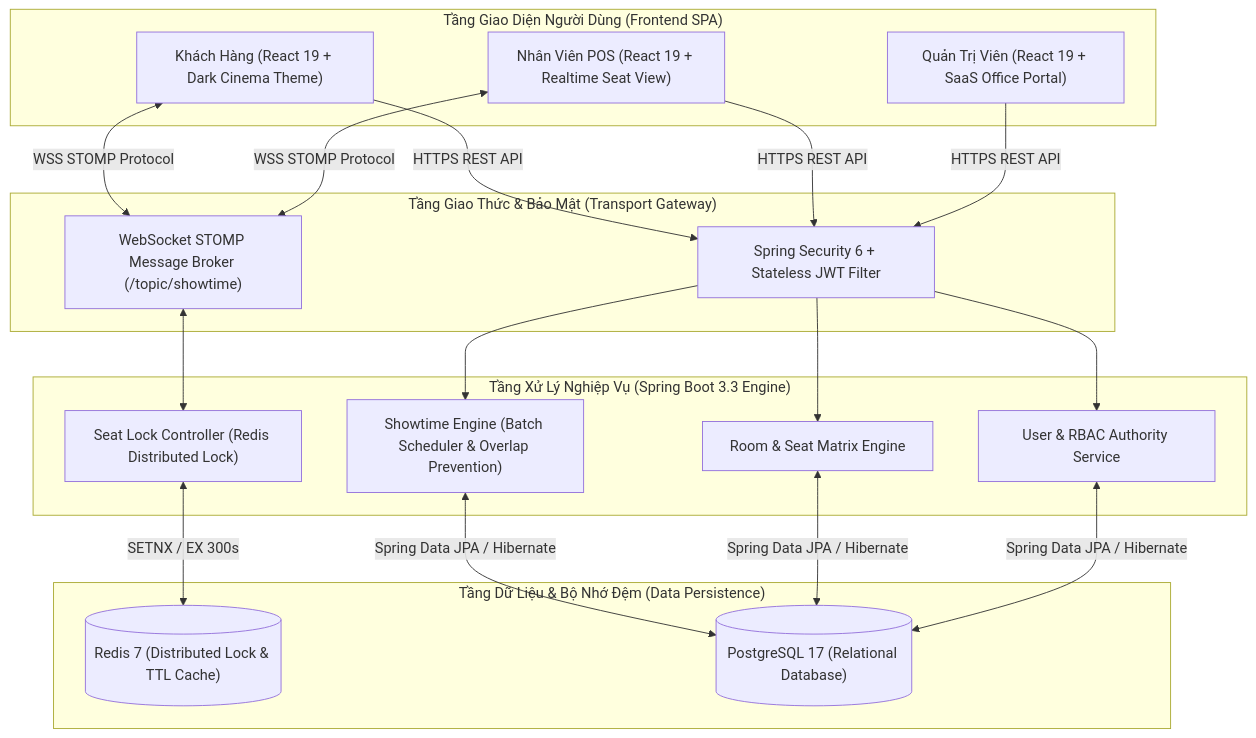
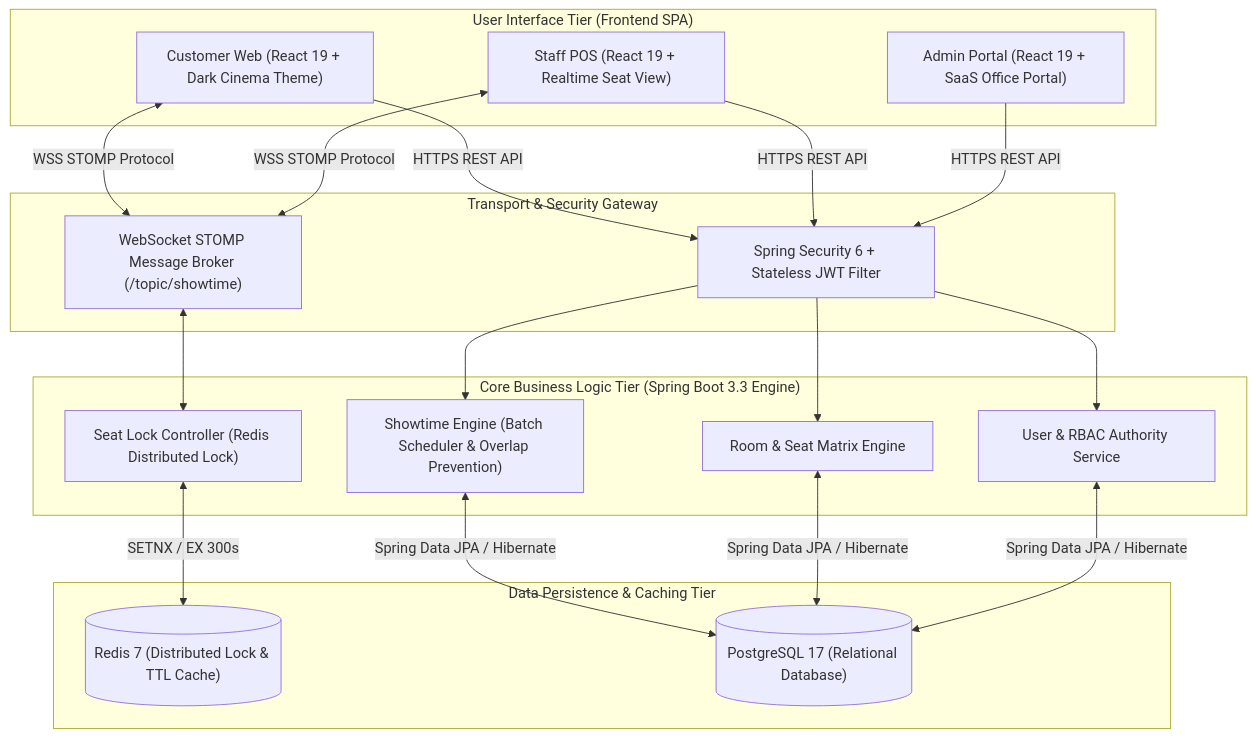
One commit to KhacToanNguyen-23/cinema-web-app changed the second of 2 diagrams in README.md. Above: the diagram before and after it, drawn with Mermaid. The commit also changed other lines of this file and 3 other files, not shown here.

````diff
--- a/README.md
+++ b/README.md
@@ -120,34 +120,34 @@
 ```mermaid
 flowchart TD
-    subgraph ClientApp ["Tầng Giao Diện Người Dùng (Frontend SPA)"]
-        CLIENT["Khách Hàng (React 19 + Dark Cinema Theme)"]
-        POS_UI["Nhân Viên POS (React 19 + Realtime Seat View)"]
-        PORTAL["Quản Trị Viên (React 19 + SaaS Office Portal)"]
+    subgraph ClientApp ["User Interface Tier (Frontend SPA)"]
+        CLIENT["Customer Web (React 19 + Dark Cinema Theme)"]
+        POS_UI["Staff POS (React 19 + Realtime Seat View)"]
+        PORTAL["Admin Portal (React 19 + SaaS Office Portal)"]
     end
 
-    subgraph TransportGate ["Tầng Giao Thức & Bảo Mật (Transport Gateway)"]
+    subgraph TransportGate ["Transport & Security Gateway"]
         AUTH_GATE["Spring Security 6 + Stateless JWT Filter"]
         STOMP_GATE["WebSocket STOMP Message Broker (/topic/showtime)"]
     end
 
-    subgraph CoreEngine ["Tầng Xử Lý Nghiệp Vụ (Spring Boot 3.3 Engine)"]
+    subgraph CoreEngine ["Core Business Logic Tier (Spring Boot 3.3 Engine)"]
         SHOWTIME_CORE["Showtime Engine (Batch Scheduler & Overlap Prevention)"]
         LOCK_CORE["Seat Lock Controller (Redis Distributed Lock)"]
         ROOM_CORE["Room & Seat Matrix Engine"]
         USER_CORE["User & RBAC Authority Service"]
     end
 
-    subgraph DataStore ["Tầng Dữ Liệu & Bộ Nhớ Đệm (Data Persistence)"]
+    subgraph DataStore ["Data Persistence & Caching Tier"]
         REDIS_CACHE[("Redis 7 (Distributed Lock & TTL Cache)")]
         POSTGRES_DB[("PostgreSQL 17 (Relational Database)")]
     end
 
     CLIENT & POS_UI & PORTAL -->|HTTPS REST API| AUTH_GATE
     CLIENT & POS_UI <-->|WSS STOMP Protocol| STOMP_GATE
     
     AUTH_GATE --> SHOWTIME_CORE & ROOM_CORE & USER_CORE
     STOMP_GATE <--> LOCK_CORE
     
     LOCK_CORE <-->|SETNX / EX 300s| REDIS_CACHE
     SHOWTIME_CORE & ROOM_CORE & USER_CORE <-->|Spring Data JPA / Hibernate| POSTGRES_DB
 ```
````
